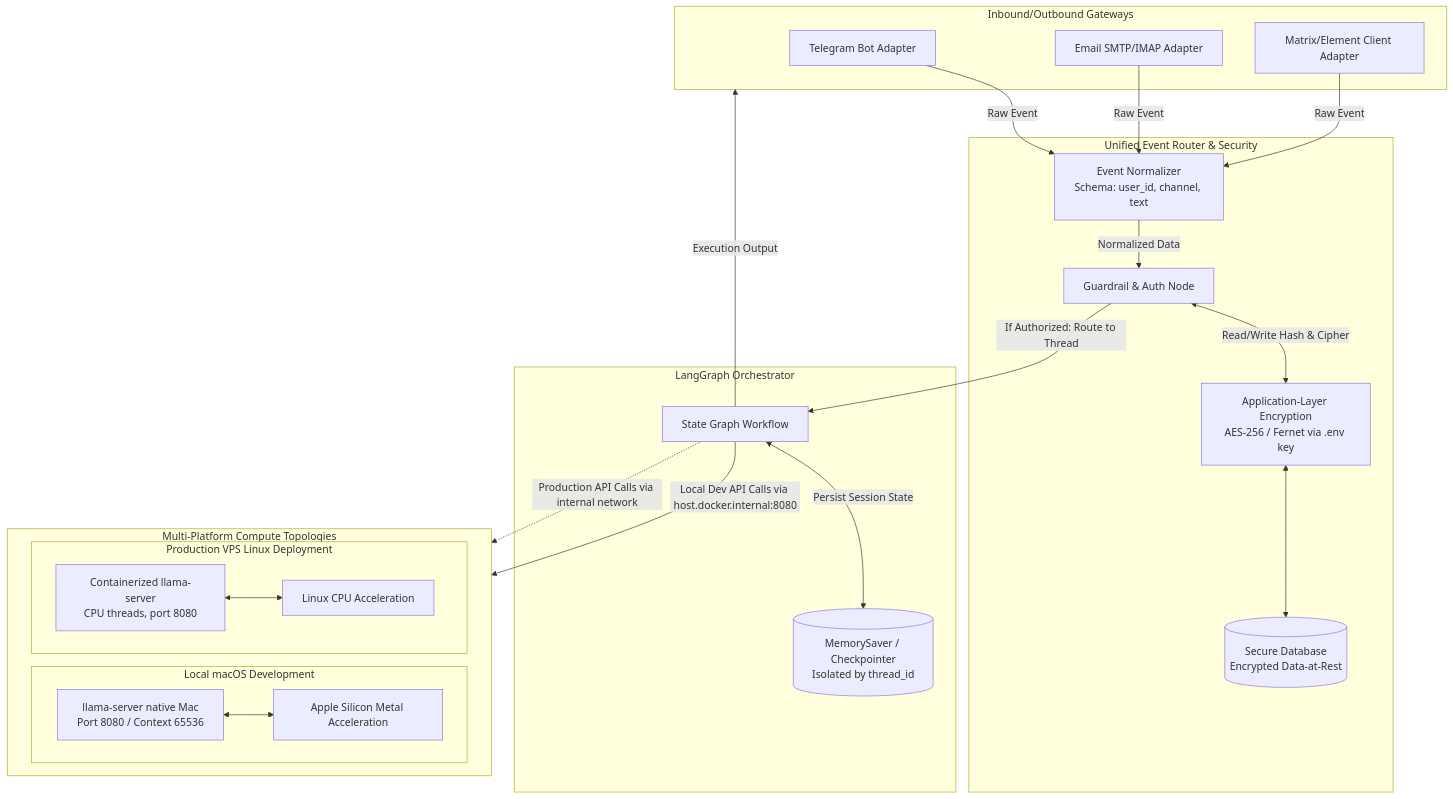
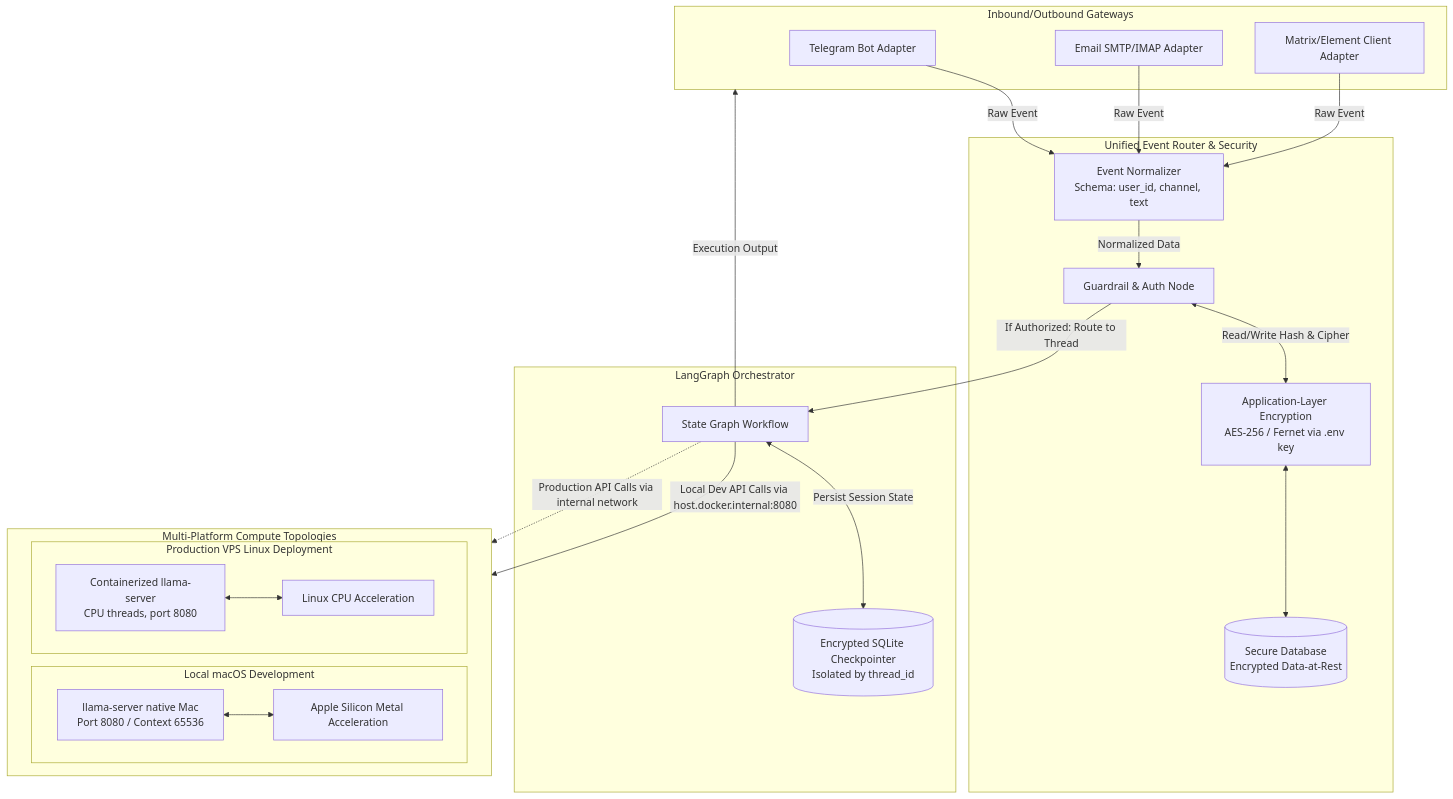
One commit to ka8t/ChannelAgent changed the diagram in docs/ARCHITECTURE.md. Above: the diagram before and after it, drawn with Mermaid. The commit also changed other lines of this file and 28 other files, not shown here.

````diff
--- a/docs/ARCHITECTURE.md
+++ b/docs/ARCHITECTURE.md
@@ -24,53 +24,53 @@
 ```mermaid
 graph TD
     %% Inbound Channels Layer
     subgraph Channels [Inbound/Outbound Gateways]
         TG[Telegram Bot Adapter]
         EM[Email SMTP/IMAP Adapter]
         MX[Matrix/Element Client Adapter]
     end
 
     %% Central Router & Security Layer
     subgraph RouterLayer [Unified Event Router & Security]
         EV[Event Normalizer<br/>Schema: user_id, channel, text]
         AUTH[Guardrail & Auth Node]
         CRYPT[Application-Layer Encryption<br/>AES-256 / Fernet via .env key]
         DB[(Secure Database<br/>Encrypted Data-at-Rest)]
     end
 
     %% Core Agent Processing Layer
     subgraph LangGraphEngine [LangGraph Orchestrator]
         LG[State Graph Workflow]
-        MEM[(MemorySaver / Checkpointer<br/>Isolated by thread_id)]
+        MEM[(Encrypted SQLite Checkpointer<br/>Isolated by thread_id)]
     end
 
     %% Compute Infrastructure Layer per Platform
     subgraph DeploymentTopology [Multi-Platform Compute Topologies]
         direction LR
         subgraph LocalMac [Local macOS Development]
             M1_GPU[Apple Silicon Metal Acceleration]
             LL_MAC[llama-server native Mac<br/>Port 8080 / Context 65536]
         end
         subgraph ProdVPS [Production VPS Linux Deployment]
             DOCKER_LLM[Containerized llama-server<br/>CPU threads, port 8080]
             LINUX_COMP[Linux CPU Acceleration]
         end
     end
 
     %% Data Flow Connections
     TG & EM & MX -->|Raw Event| EV
     EV -->|Normalized Data| AUTH
     AUTH <-->|Read/Write Hash & Cipher| CRYPT
     CRYPT <--> DB
     AUTH -->|If Authorized: Route to Thread| LG
     LG <-->|Persist Session State| MEM
 
     %% Compute Mappings
     LG -->|Local Dev API Calls via host.docker.internal:8080| LL_MAC
     LL_MAC <--> M1_GPU
     LG -.->|Production API Calls via internal network| DOCKER_LLM
     DOCKER_LLM <--> LINUX_COMP
 
     %% Return Path
     LG -->|Execution Output| Channels
 ```
````
